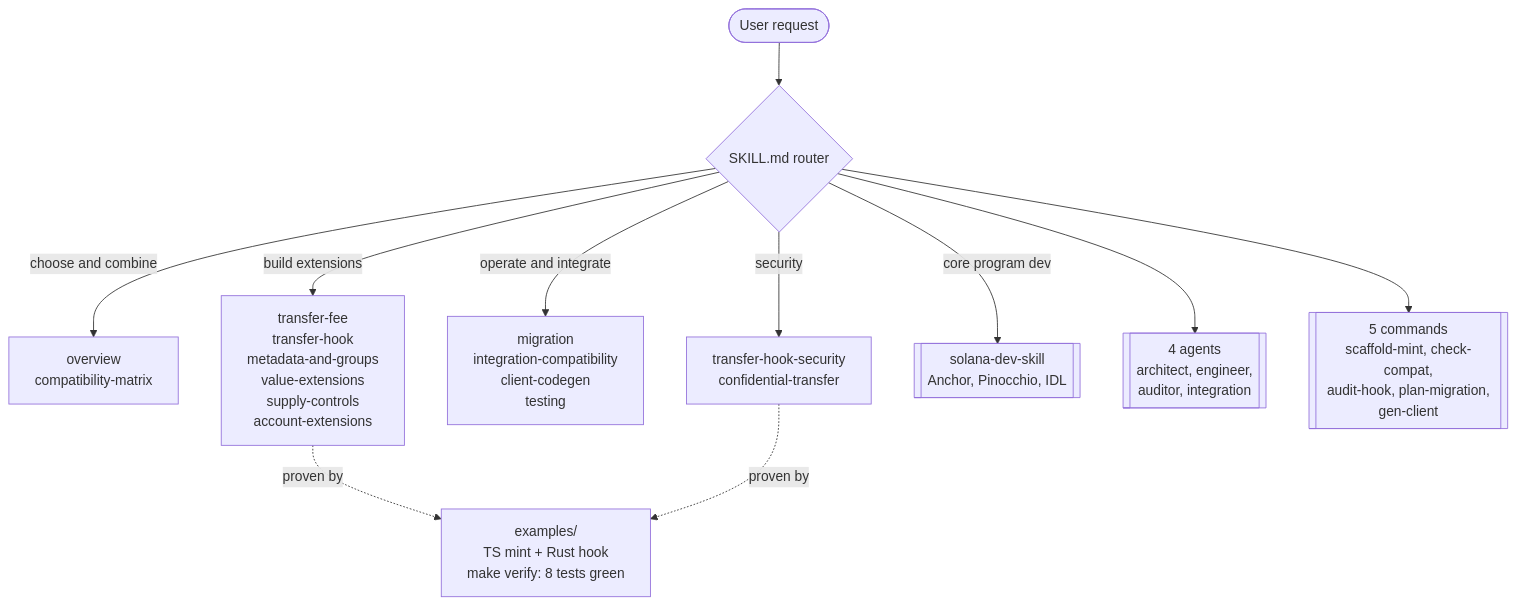
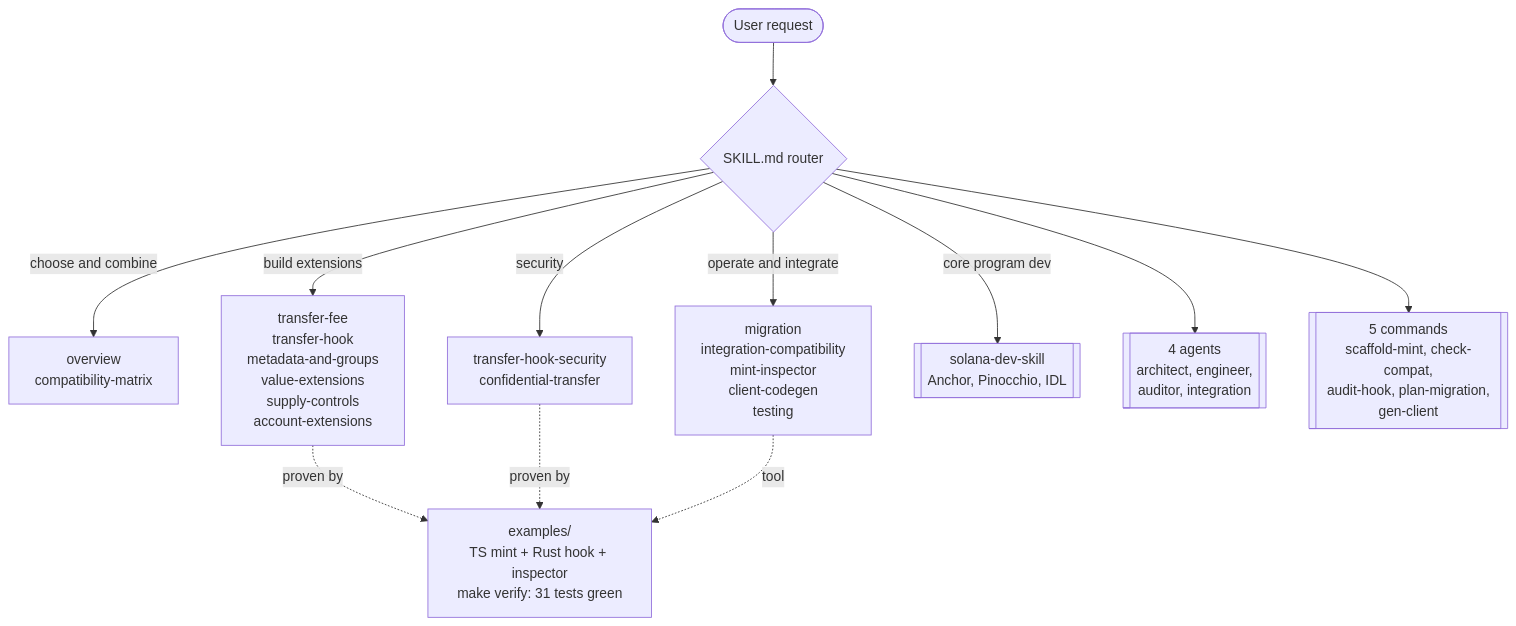
Before and after one commit to Andy00L/solana-token-extensions-skill: the diagram in README.md, drawn with Mermaid. The commit also changed other lines of this file and 24 other files, not shown here.

First line of the commit message:
Add read-only Token-2022 mint inspector (CLI and MCP), wire into the skill and kit docs

````diff
--- a/README.md
+++ b/README.md
@@ -16,13 +16,14 @@
 ```mermaid
 flowchart TD
     U([User request]) --> R{SKILL.md router}
     R -->|choose and combine| C["overview<br/>compatibility-matrix"]
     R -->|build extensions| B["transfer-fee<br/>transfer-hook<br/>metadata-and-groups<br/>value-extensions<br/>supply-controls<br/>account-extensions"]
-    R -->|operate and integrate| O["migration<br/>integration-compatibility<br/>client-codegen<br/>testing"]
+    R -->|operate and integrate| O["migration<br/>integration-compatibility<br/>mint-inspector<br/>client-codegen<br/>testing"]
     R -->|security| S["transfer-hook-security<br/>confidential-transfer"]
     R -->|core program dev| CORE[["solana-dev-skill<br/>Anchor, Pinocchio, IDL"]]
     R --> AG[["4 agents<br/>architect, engineer,<br/>auditor, integration"]]
     R --> CMD[["5 commands<br/>scaffold-mint, check-compat,<br/>audit-hook, plan-migration,<br/>gen-client"]]
-    B -.proven by.-> EX["examples/<br/>TS mint + Rust hook<br/>make verify: 8 tests green"]
+    B -.proven by.-> EX["examples/<br/>TS mint + Rust hook + inspector<br/>make verify: 31 tests green"]
     S -.proven by.-> EX
+    O -.tool.-> EX
 ```
````
